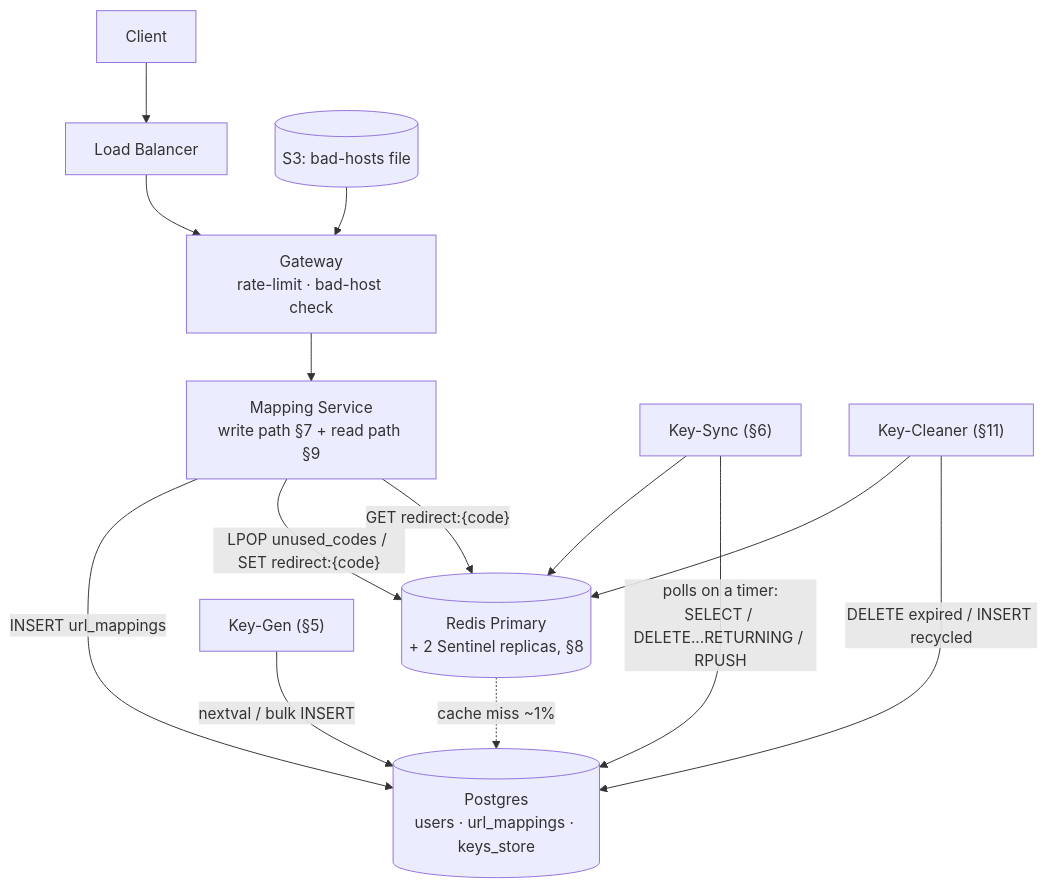
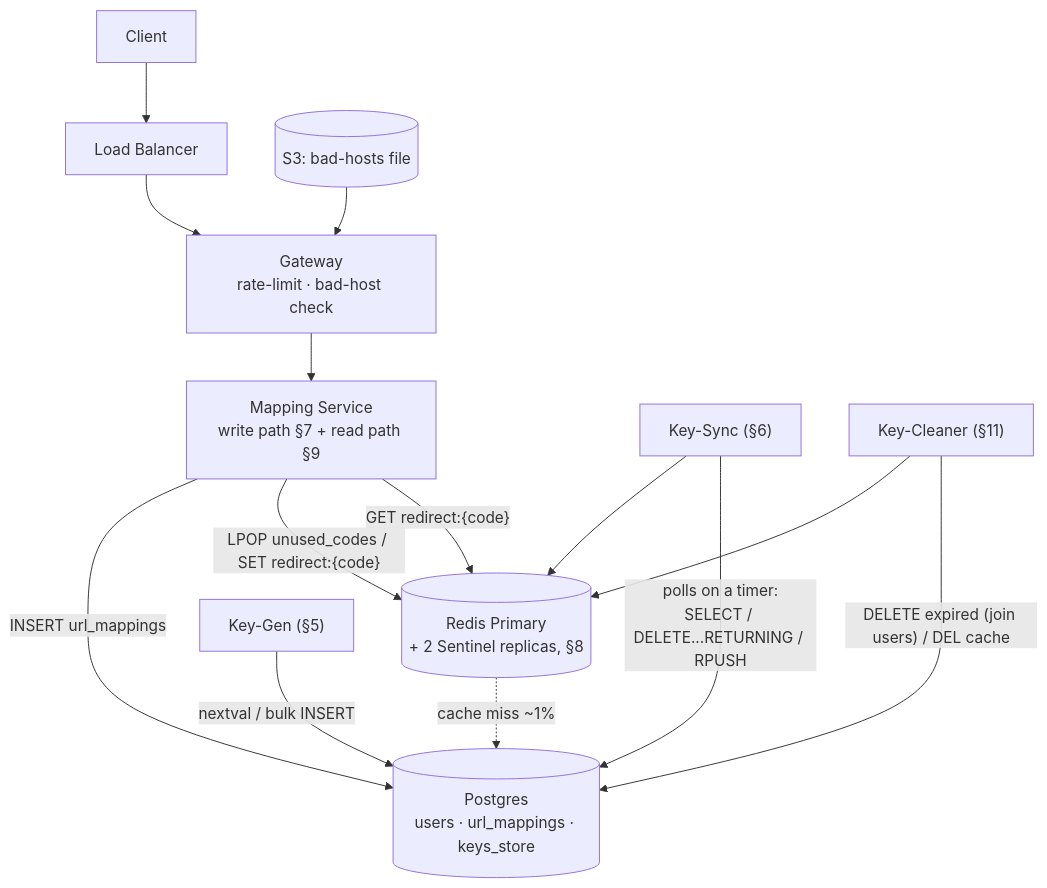
The sixth of 7 diagrams in system-design/new/01. tinyurl.md (psquared-dev/java-questions), drawn with Mermaid before and after one commit. The commit also changed other lines of this file, not shown here.

````diff
--- a/system-design/new/01. tinyurl.md
+++ b/system-design/new/01. tinyurl.md
@@ -892,25 +861,25 @@
 ```mermaid
 graph TB
     Client["Client"]
     LB["Load Balancer"]
     GW["Gateway<br/>rate-limit · bad-host check"]
     MS["Mapping Service<br/>write path §7 + read path §9"]
     Redis[("Redis Primary<br/>+ 2 Sentinel replicas, §8")]
     PG[("Postgres<br/>users · url_mappings · keys_store")]
     KG["Key-Gen (§5)"]
     KS["Key-Sync (§6)"]
     KC["Key-Cleaner (§11)"]
     S3[("S3: bad-hosts file")]
     Client --> LB --> GW
     GW --> MS
     MS -- " GET redirect:{code} " --> Redis
     Redis -. " cache miss ~1% " .-> PG
     MS -- " LPOP unused_codes / SET redirect:{code} " --> Redis
     MS -- " INSERT url_mappings " --> PG
     KG -- " nextval / bulk INSERT " --> PG
     KS -- " polls on a timer:<br/>SELECT / DELETE...RETURNING / RPUSH " --> PG
     KS --> Redis
-    KC -- " DELETE expired / INSERT recycled " --> PG
+    KC -- " DELETE expired (join users) / DEL cache " --> PG
     KC --> Redis
     S3 --> GW
 ```
````
